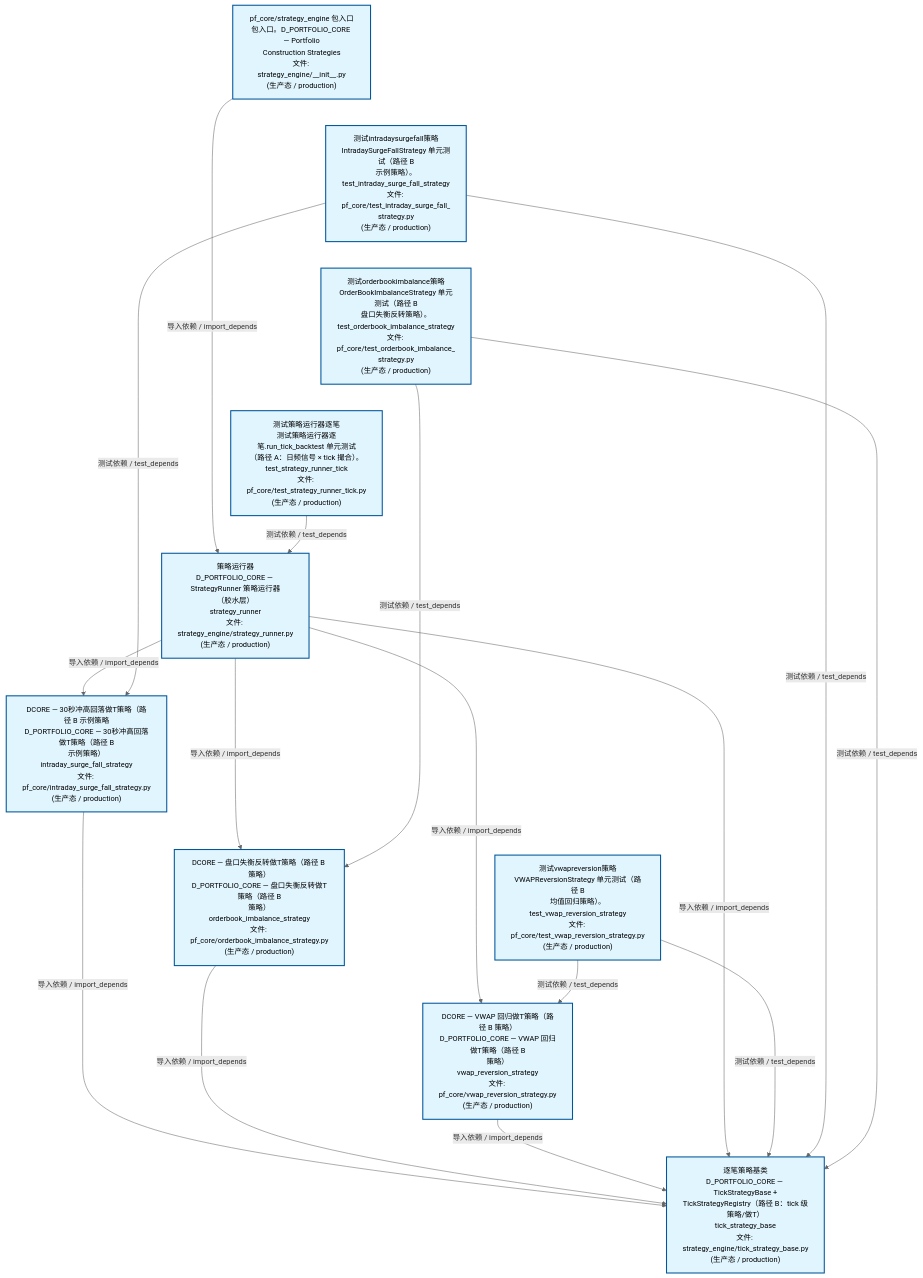
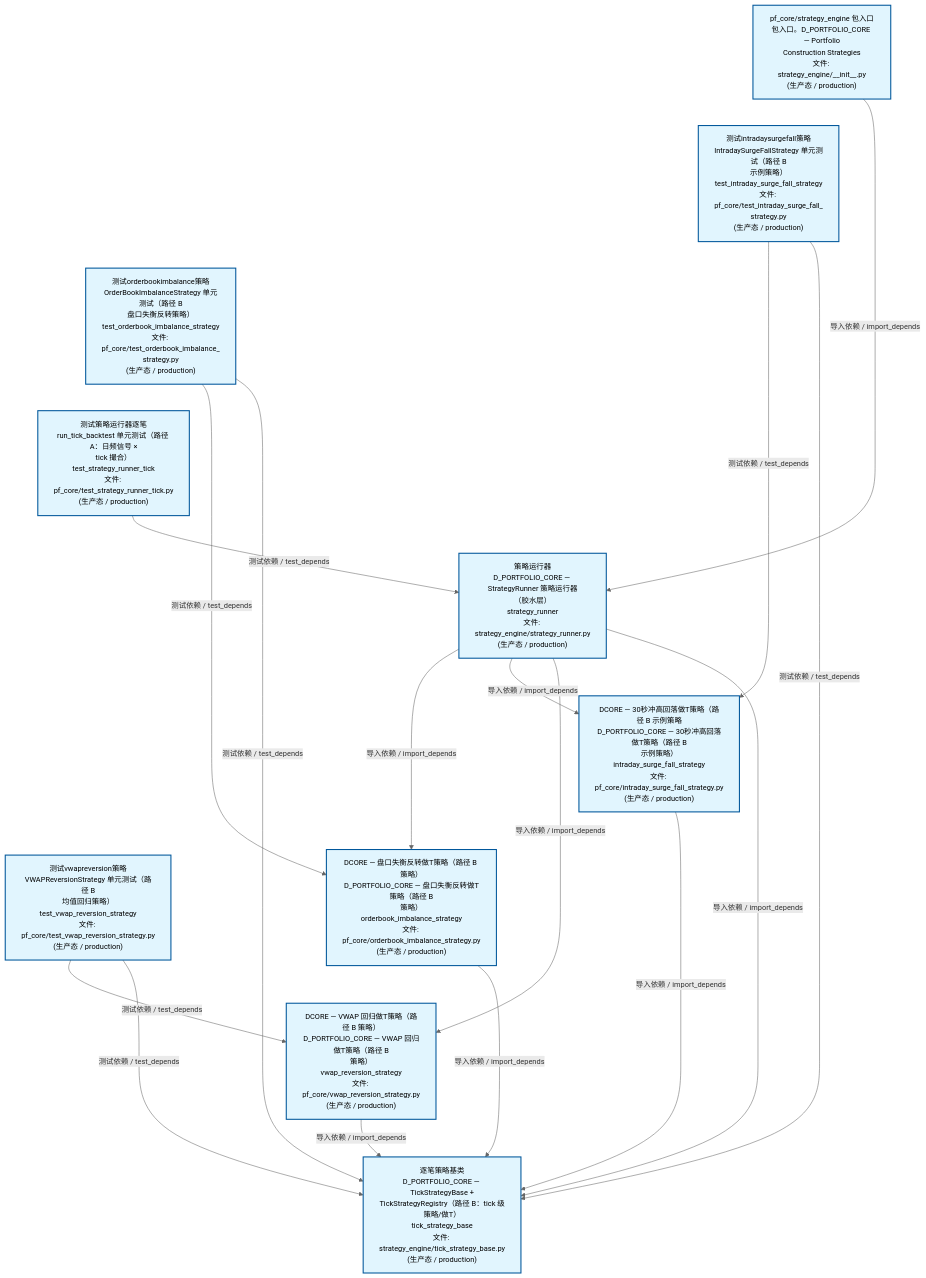
Before and after one commit to xuanFelixVan/ZephyrAlpha: the second of 4 diagrams in docs/02_enterprise_architecture/02_domain_architecture_docs/63_d_pf_core.md, drawn with Mermaid. The commit also changed other lines of this file and 63 other files, not shown here.

````diff
--- a/docs/02_enterprise_architecture/02_domain_architecture_docs/63_d_pf_core.md
+++ b/docs/02_enterprise_architecture/02_domain_architecture_docs/63_d_pf_core.md
@@ -135,40 +135,40 @@
 ```mermaid
 %%{init: {'theme': 'base', 'themeVariables': {'primaryColor': '#eaeaea', 'primaryTextColor': '#333333', 'primaryBorderColor': '#666666', 'lineColor': '#666666', 'secondaryColor': '#eaeaea', 'tertiaryColor': '#eaeaea', 'fontSize': '14px'}}}%%
 flowchart TD
     src_zephyr_pf_core_strategy_engine_init_py["pf_core/strategy_engine 包入口<br/>包入口。D_PORTFOLIO_CORE — Portfolio<br/>Construction Strategies<br/>文件: strategy_engine/__init__.py<br/>(生产态 / production)"]
-    tests_pf_core_test_intraday_surge_fall_strategy_py["测试intradaysurgefall策略<br/>IntradaySurgeFallStrategy 单元测试（路径 B<br/>示例策略）。<br/>test_intraday_surge_fall_strategy<br/>文件: pf_core/test_intraday_surge_fall_<br/>strategy.py<br/>(生产态 / production)"]
-    tests_pf_core_test_orderbook_imbalance_strategy_py["测试orderbookimbalance策略<br/>OrderBookImbalanceStrategy 单元测试（路径 B<br/>盘口失衡反转策略）。<br/>test_orderbook_imbalance_strategy<br/>文件: pf_core/test_orderbook_imbalance_<br/>strategy.py<br/>(生产态 / production)"]
-    tests_pf_core_test_strategy_runner_tick_py["测试策略运行器逐笔<br/>测试策略运行器逐笔.run_tick_backtest 单元测试<br/>（路径 A：日频信号 × tick 撮合）。<br/>test_strategy_runner_tick<br/>文件: pf_core/test_strategy_runner_tick.py<br/>(生产态 / production)"]
-    tests_pf_core_test_vwap_reversion_strategy_py["测试vwapreversion策略<br/>VWAPReversionStrategy 单元测试（路径 B<br/>均值回归策略）。<br/>test_vwap_reversion_strategy<br/>文件: pf_core/test_vwap_reversion_strategy.py<br/>(生产态 / production)"]
+    tests_pf_core_test_intraday_surge_fall_strategy_py["测试intradaysurgefall策略<br/>IntradaySurgeFallStrategy 单元测试（路径 B<br/>示例策略）<br/>test_intraday_surge_fall_strategy<br/>文件: pf_core/test_intraday_surge_fall_<br/>strategy.py<br/>(生产态 / production)"]
+    tests_pf_core_test_orderbook_imbalance_strategy_py["测试orderbookimbalance策略<br/>OrderBookImbalanceStrategy 单元测试（路径 B<br/>盘口失衡反转策略）<br/>test_orderbook_imbalance_strategy<br/>文件: pf_core/test_orderbook_imbalance_<br/>strategy.py<br/>(生产态 / production)"]
+    tests_pf_core_test_strategy_runner_tick_py["测试策略运行器逐笔<br/>run_tick_backtest 单元测试（路径 A：日频信号 ×<br/>tick 撮合）<br/>test_strategy_runner_tick<br/>文件: pf_core/test_strategy_runner_tick.py<br/>(生产态 / production)"]
+    tests_pf_core_test_vwap_reversion_strategy_py["测试vwapreversion策略<br/>VWAPReversionStrategy 单元测试（路径 B<br/>均值回归策略）<br/>test_vwap_reversion_strategy<br/>文件: pf_core/test_vwap_reversion_strategy.py<br/>(生产态 / production)"]
     src_zephyr_pf_core_strategy_engine_init_py ~~~ tests_pf_core_test_intraday_surge_fall_strategy_py
     tests_pf_core_test_intraday_surge_fall_strategy_py ~~~ tests_pf_core_test_orderbook_imbalance_strategy_py
     tests_pf_core_test_orderbook_imbalance_strategy_py ~~~ tests_pf_core_test_strategy_runner_tick_py
     tests_pf_core_test_strategy_runner_tick_py ~~~ tests_pf_core_test_vwap_reversion_strategy_py
     src_zephyr_pf_core_strategy_engine_strategy_runner_py["策略运行器<br/>D_PORTFOLIO_CORE — StrategyRunner 策略运行器<br/>（胶水层）<br/>strategy_runner<br/>文件: strategy_engine/strategy_runner.py<br/>(生产态 / production)"]
     src_zephyr_pf_core_intraday_surge_fall_strategy_py["DCORE — 30秒冲高回落做T策略（路径 B 示例策略<br/>D_PORTFOLIO_CORE — 30秒冲高回落做T策略（路径 B<br/>示例策略）<br/>intraday_surge_fall_strategy<br/>文件: pf_core/intraday_surge_fall_strategy.py<br/>(生产态 / production)"]
     src_zephyr_pf_core_orderbook_imbalance_strategy_py["DCORE — 盘口失衡反转做T策略（路径 B 策略）<br/>D_PORTFOLIO_CORE — 盘口失衡反转做T策略（路径 B<br/>策略）<br/>orderbook_imbalance_strategy<br/>文件: pf_core/orderbook_imbalance_strategy.py<br/>(生产态 / production)"]
     src_zephyr_pf_core_vwap_reversion_strategy_py["DCORE — VWAP 回归做T策略（路径 B 策略）<br/>D_PORTFOLIO_CORE — VWAP 回归做T策略（路径 B<br/>策略）<br/>vwap_reversion_strategy<br/>文件: pf_core/vwap_reversion_strategy.py<br/>(生产态 / production)"]
     src_zephyr_pf_core_intraday_surge_fall_strategy_py ~~~ src_zephyr_pf_core_orderbook_imbalance_strategy_py
     src_zephyr_pf_core_orderbook_imbalance_strategy_py ~~~ src_zephyr_pf_core_vwap_reversion_strategy_py
     src_zephyr_pf_core_strategy_engine_tick_strategy_base_py["逐笔策略基类<br/>D_PORTFOLIO_CORE — TickStrategyBase +<br/>TickStrategyRegistry（路径 B：tick 级策略/做T）<br/>tick_strategy_base<br/>文件: strategy_engine/tick_strategy_base.py<br/>(生产态 / production)"]
+    src_zephyr_pf_core_orderbook_imbalance_strategy_py -->|导入依赖 / import_depends| src_zephyr_pf_core_strategy_engine_tick_strategy_base_py
     src_zephyr_pf_core_intraday_surge_fall_strategy_py -->|导入依赖 / import_depends| src_zephyr_pf_core_strategy_engine_tick_strategy_base_py
-    src_zephyr_pf_core_orderbook_imbalance_strategy_py -->|导入依赖 / import_depends| src_zephyr_pf_core_strategy_engine_tick_strategy_base_py
     src_zephyr_pf_core_vwap_reversion_strategy_py -->|导入依赖 / import_depends| src_zephyr_pf_core_strategy_engine_tick_strategy_base_py
-    src_zephyr_pf_core_strategy_engine_init_py -->|导入依赖 / import_depends| src_zephyr_pf_core_strategy_engine_strategy_runner_py
+    src_zephyr_pf_core_strategy_engine_strategy_runner_py -->|导入依赖 / import_depends| src_zephyr_pf_core_orderbook_imbalance_strategy_py
     src_zephyr_pf_core_strategy_engine_strategy_runner_py -->|导入依赖 / import_depends| src_zephyr_pf_core_intraday_surge_fall_strategy_py
-    src_zephyr_pf_core_strategy_engine_strategy_runner_py -->|导入依赖 / import_depends| src_zephyr_pf_core_orderbook_imbalance_strategy_py
     src_zephyr_pf_core_strategy_engine_strategy_runner_py -->|导入依赖 / import_depends| src_zephyr_pf_core_vwap_reversion_strategy_py
     src_zephyr_pf_core_strategy_engine_strategy_runner_py -->|导入依赖 / import_depends| src_zephyr_pf_core_strategy_engine_tick_strategy_base_py
-    tests_pf_core_test_vwap_reversion_strategy_py -->|测试依赖 / test_depends| src_zephyr_pf_core_vwap_reversion_strategy_py
-    tests_pf_core_test_vwap_reversion_strategy_py -->|测试依赖 / test_depends| src_zephyr_pf_core_strategy_engine_tick_strategy_base_py
+    src_zephyr_pf_core_strategy_engine_init_py -->|导入依赖 / import_depends| src_zephyr_pf_core_strategy_engine_strategy_runner_py
+    tests_pf_core_test_strategy_runner_tick_py -->|测试依赖 / test_depends| src_zephyr_pf_core_strategy_engine_strategy_runner_py
     tests_pf_core_test_intraday_surge_fall_strategy_py -->|测试依赖 / test_depends| src_zephyr_pf_core_intraday_surge_fall_strategy_py
     tests_pf_core_test_intraday_surge_fall_strategy_py -->|测试依赖 / test_depends| src_zephyr_pf_core_strategy_engine_tick_strategy_base_py
     tests_pf_core_test_orderbook_imbalance_strategy_py -->|测试依赖 / test_depends| src_zephyr_pf_core_orderbook_imbalance_strategy_py
     tests_pf_core_test_orderbook_imbalance_strategy_py -->|测试依赖 / test_depends| src_zephyr_pf_core_strategy_engine_tick_strategy_base_py
-    tests_pf_core_test_strategy_runner_tick_py -->|测试依赖 / test_depends| src_zephyr_pf_core_strategy_engine_strategy_runner_py
+    tests_pf_core_test_vwap_reversion_strategy_py -->|测试依赖 / test_depends| src_zephyr_pf_core_vwap_reversion_strategy_py
+    tests_pf_core_test_vwap_reversion_strategy_py -->|测试依赖 / test_depends| src_zephyr_pf_core_strategy_engine_tick_strategy_base_py
     classDef production fill:#e1f5fe,stroke:#01579b,stroke-width:2px,color:#000
     classDef design fill:#fff3e0,stroke:#e65100,stroke-width:2px,color:#000,stroke-dasharray: 5 5
     classDef external_prod fill:#e8f4fd,stroke:#0277bd,stroke-width:1px,color:#000
     classDef external_design fill:#fff8e7,stroke:#ef6c00,stroke-width:1px,color:#000,stroke-dasharray: 5 5
     class src_zephyr_pf_core_intraday_surge_fall_strategy_py,src_zephyr_pf_core_orderbook_imbalance_strategy_py,src_zephyr_pf_core_strategy_engine_init_py,src_zephyr_pf_core_strategy_engine_strategy_runner_py,src_zephyr_pf_core_strategy_engine_tick_strategy_base_py,src_zephyr_pf_core_vwap_reversion_strategy_py,tests_pf_core_test_intraday_surge_fall_strategy_py,tests_pf_core_test_orderbook_imbalance_strategy_py,tests_pf_core_test_strategy_runner_tick_py,tests_pf_core_test_vwap_reversion_strategy_py production
 ```
````
